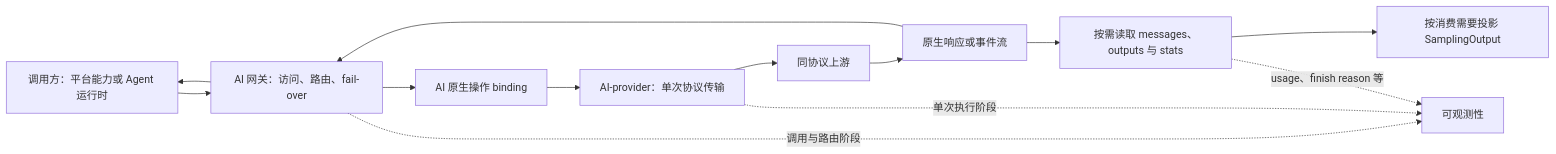
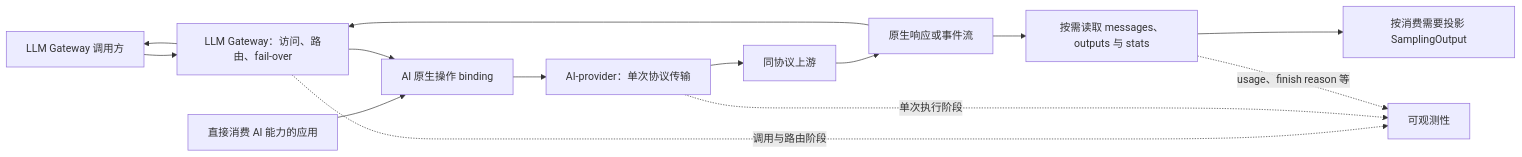
One commit to xiaoland/velune changed the diagram in docs/design/ai-service.md. Above: the diagram before and after it, drawn with Mermaid. The commit also changed other lines of this file and 4 other files, not shown here.

Commit message:
docs(ai): 将 LLM Gateway 定义为 AI 能力应用模式

````diff
--- a/docs/design/ai-service.md
+++ b/docs/design/ai-service.md
@@ -37,15 +39,16 @@
 ```mermaid
 flowchart LR
-    C[调用方：平台能力或 Agent 运行时] --> G[AI 网关：访问、路由、fail-over]
+    C[LLM Gateway 调用方] --> G[LLM Gateway：访问、路由、fail-over]
+    D[直接消费 AI 能力的应用] --> N
     G --> N[AI 原生操作 binding]
     N --> P[AI-provider：单次协议传输]
     P --> U[同协议上游]
     U --> R[原生响应或事件流]
     R --> G
     G --> C
     R --> O[按需读取 messages、outputs 与 stats]
     O --> S[按消费需要投影 SamplingOutput]
     G -. 调用与路由阶段 .-> T[可观测性]
     P -. 单次执行阶段 .-> T
     O -. usage、finish reason 等 .-> T
 ```
````
